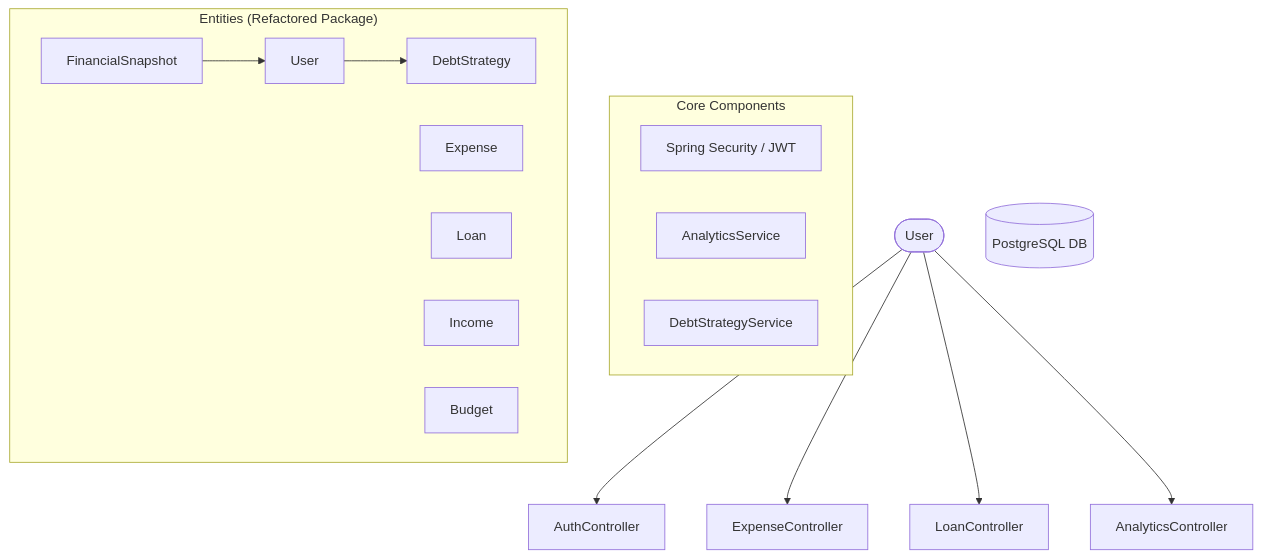
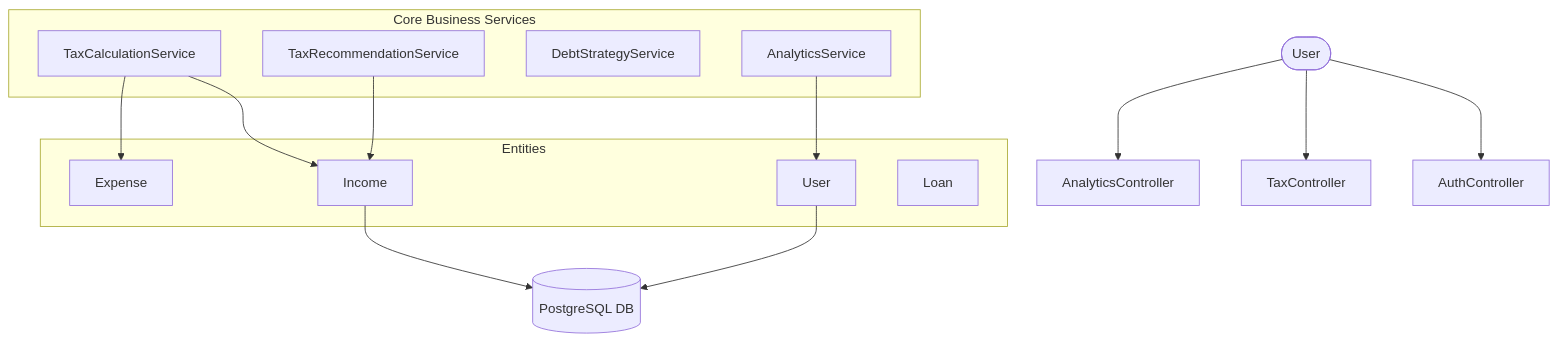
The third of 3 diagrams in README.md (sarangsvkm/smart-expense-frontend), drawn with Mermaid before and after one commit. The commit also changed other lines of this file and 17 other files, not shown here.

Commit message:
Implement Indian Tax Module (ITR 1-4), New Tax Regime comparison, and Sliding Session security

````diff
--- a/README.md
+++ b/README.md
@@ -92,28 +103,29 @@
 ```mermaid
 graph TD
     User([User]) --> AuthController
-    User --> ExpenseController
-    User --> LoanController
+    User --> TaxController
     User --> AnalyticsController
     
-    subgraph "Core Components"
-        SecurityLayer[Spring Security / JWT]
-        AnalyticsService
-        DebtStrategyService
+    subgraph "Core Business Services"
+        TaxCalcService[TaxCalculationService]
+        TaxRecService[TaxRecommendationService]
+        DebtService[DebtStrategyService]
+        AnalyticsService[AnalyticsService]
     end
     
-    subgraph "Entities (Refactored Package)"
-        UserEntity[User]
-        ExpenseEntity[Expense]
-        LoanEntity[Loan]
-        IncomeEntity[Income]
-        BudgetEntity[Budget]
-        DebtStrategyEntity[DebtStrategy]
-        SnapshotEntity[FinancialSnapshot]
+    subgraph "Entities"
+        IncomeE[Income]
+        ExpenseE[Expense]
+        UserE[User]
+        LoanE[Loan]
     end
     
+    TaxCalcService --> IncomeE
+    TaxCalcService --> ExpenseE
+    TaxRecService --> IncomeE
+    AnalyticsService --> UserE
+    
     PostgreSQL[(PostgreSQL DB)]
-    
-    UserEntity --> DebtStrategyEntity
-    SnapshotEntity --> UserEntity
+    IncomeE --> PostgreSQL
+    UserE --> PostgreSQL
 ```
````
